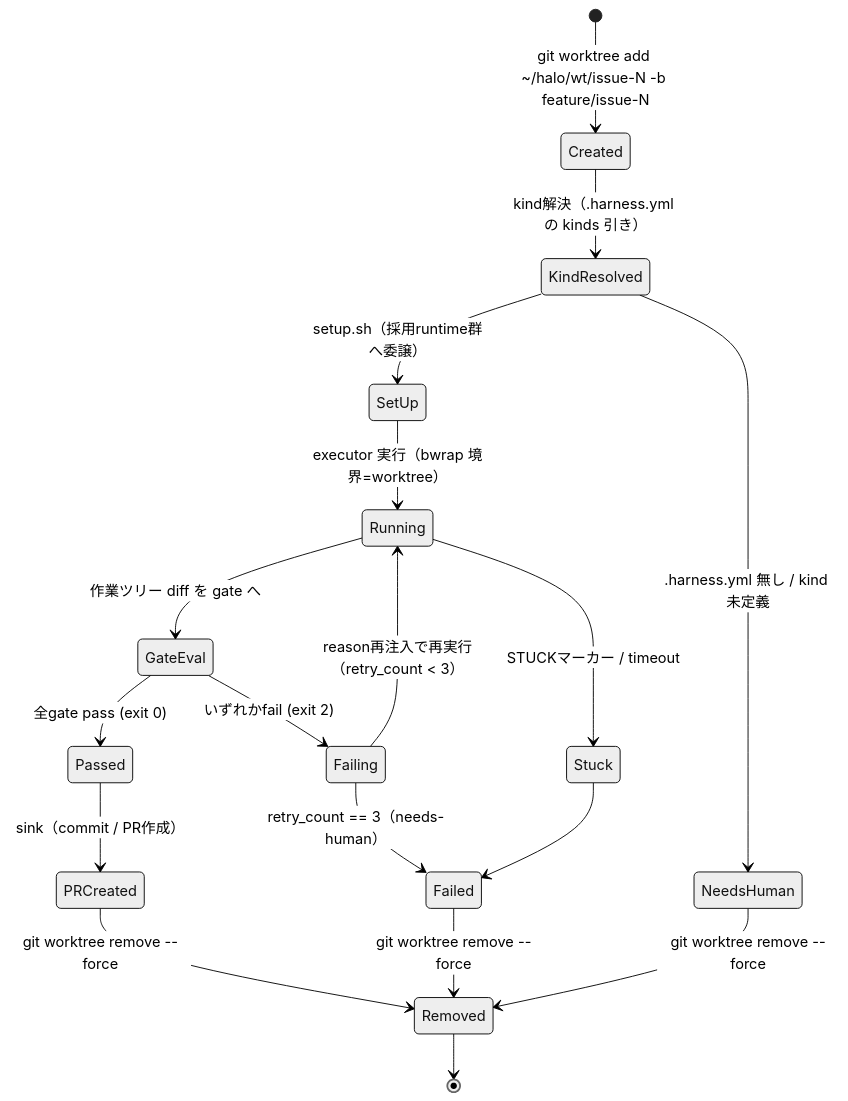
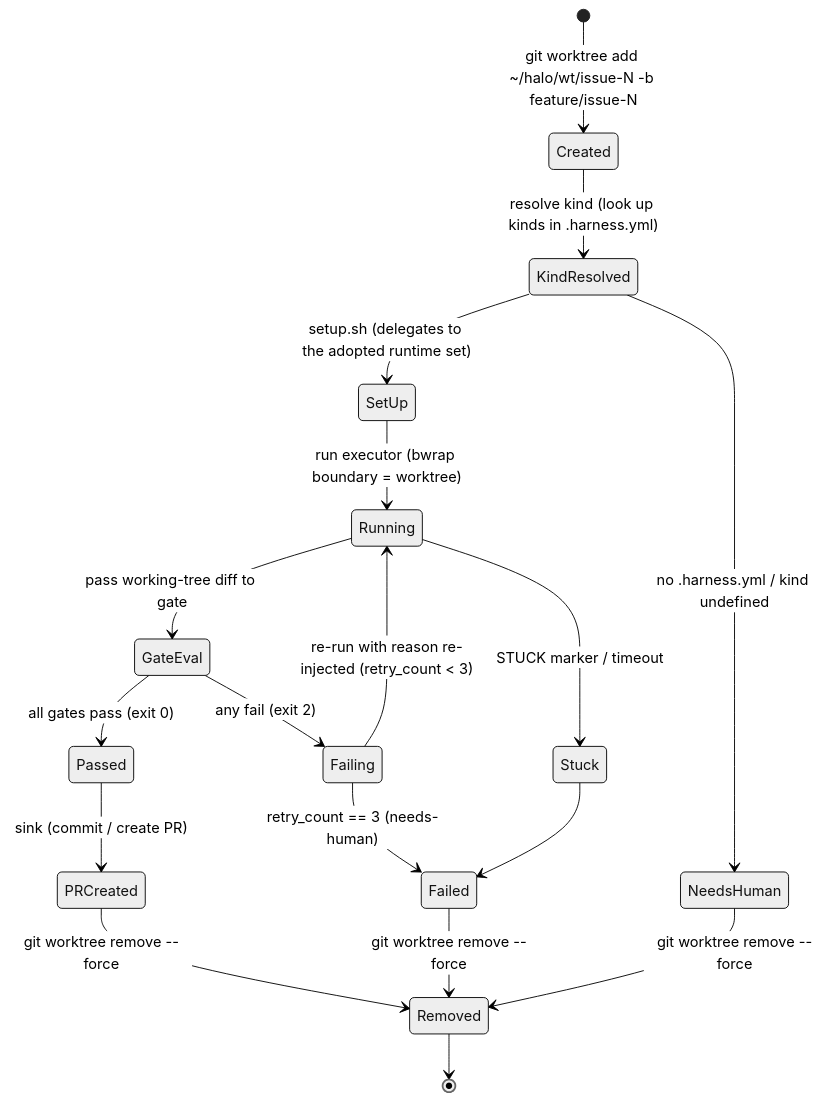
One commit to tsurupong/halo changed the diagram in docs/design/02-executor-worktree-runtime.md. Above: the diagram before and after it, drawn with Mermaid (neutral theme). The commit also changed other lines of this file and 44 other files, not shown here.

````diff
--- a/docs/design/02-executor-worktree-runtime.md
+++ b/docs/design/02-executor-worktree-runtime.md
@@ -95,20 +95,20 @@
 ```mermaid
 stateDiagram-v2
     [*] --> Created: git worktree add ~/halo/wt/issue-N -b feature/issue-N
-    Created --> KindResolved: kind解決（.harness.yml の kinds 引き）
-    KindResolved --> NeedsHuman: .harness.yml 無し / kind 未定義
-    KindResolved --> SetUp: setup.sh（採用runtime群へ委譲）
-    SetUp --> Running: executor 実行（bwrap 境界=worktree）
-    Running --> GateEval: 作業ツリー diff を gate へ
-    GateEval --> Passed: 全gate pass (exit 0)
-    GateEval --> Failing: いずれかfail (exit 2)
-    Failing --> Running: reason再注入で再実行（retry_count < 3）
-    Failing --> Failed: retry_count == 3（needs-human）
-    Running --> Stuck: STUCKマーカー / timeout
+    Created --> KindResolved: resolve kind (look up kinds in .harness.yml)
+    KindResolved --> NeedsHuman: no .harness.yml / kind undefined
+    KindResolved --> SetUp: setup.sh (delegates to the adopted runtime set)
+    SetUp --> Running: run executor (bwrap boundary = worktree)
+    Running --> GateEval: pass working-tree diff to gate
+    GateEval --> Passed: all gates pass (exit 0)
+    GateEval --> Failing: any fail (exit 2)
+    Failing --> Running: re-run with reason re-injected (retry_count < 3)
+    Failing --> Failed: retry_count == 3 (needs-human)
+    Running --> Stuck: STUCK marker / timeout
     Stuck --> Failed
-    Passed --> PRCreated: sink（commit / PR作成）
+    Passed --> PRCreated: sink (commit / create PR)
     PRCreated --> Removed: git worktree remove --force
     Failed --> Removed: git worktree remove --force
     NeedsHuman --> Removed: git worktree remove --force
     Removed --> [*]
 ```
````
